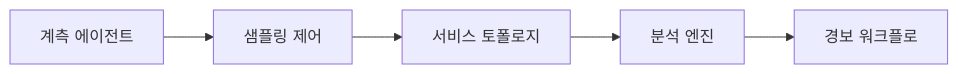
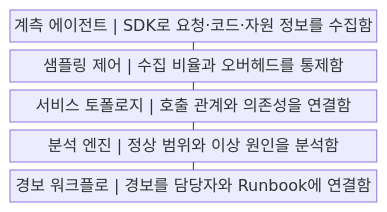
One commit to agnusdei1207/knowledge-base changed the first of 2 diagrams in src/content/docs/notes/03-software/223_application_performance_management.md. Above: the diagram before and after it, drawn with Mermaid. The commit also changed other lines of this file and 20 other files, not shown here.

````diff
--- a/src/content/docs/notes/03-software/223_application_performance_management.md
+++ b/src/content/docs/notes/03-software/223_application_performance_management.md
@@ -56,7 +56,13 @@
 ```mermaid
-flowchart LR
-    A[계측 에이전트] --> B[샘플링 제어]
-    B --> C[서비스 토폴로지]
-    C --> D[분석 엔진]
-    D --> E[경보 워크플로]
+block
+    columns 1
+    A["계측 에이전트 | SDK로 요청·코드·자원 정보를 수집함"]
+    B["샘플링 제어 | 수집 비율과 오버헤드를 통제함"]
+    C["서비스 토폴로지 | 호출 관계와 의존성을 연결함"]
+    D["분석 엔진 | 정상 범위와 이상 원인을 분석함"]
+    E["경보 워크플로 | 경보를 담당자와 Runbook에 연결함"]
+    A --- B
+    B --- C
+    C --- D
+    D --- E
 ```
````
